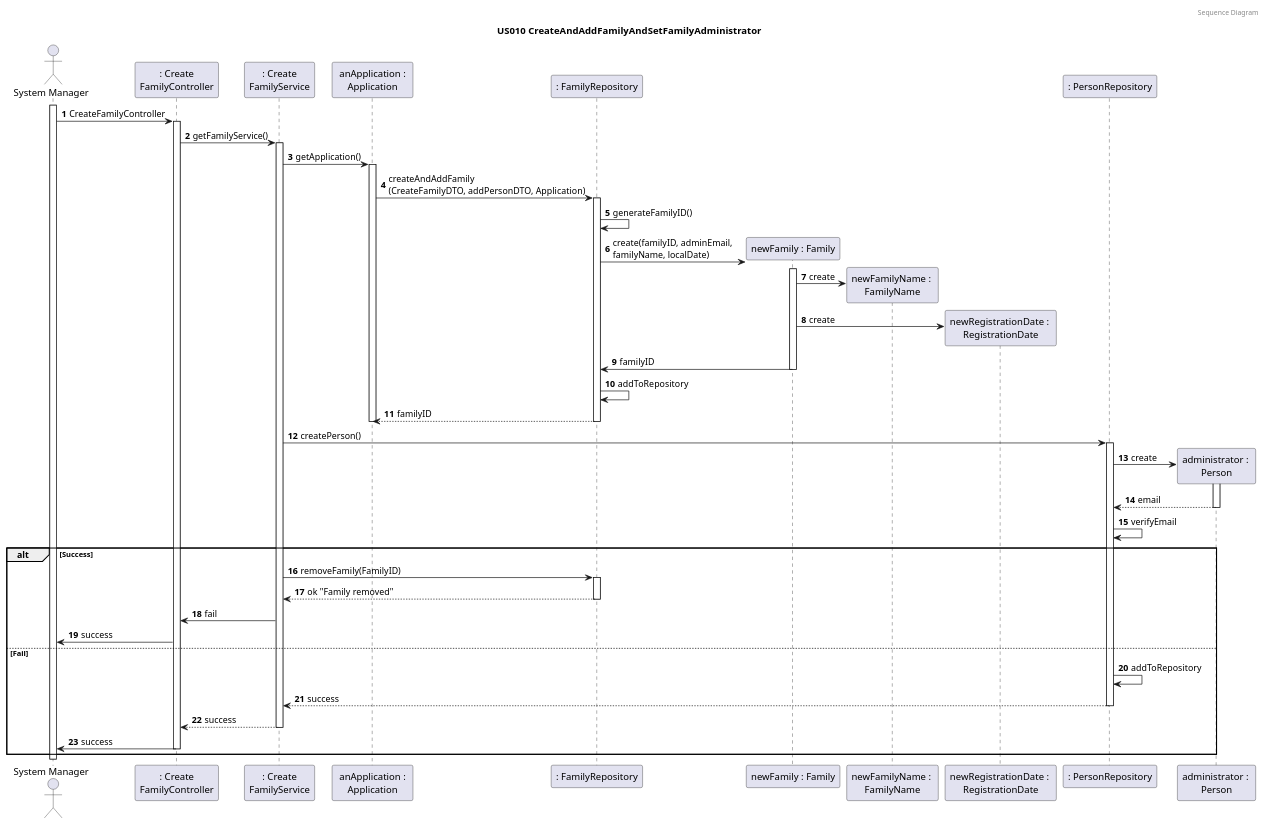
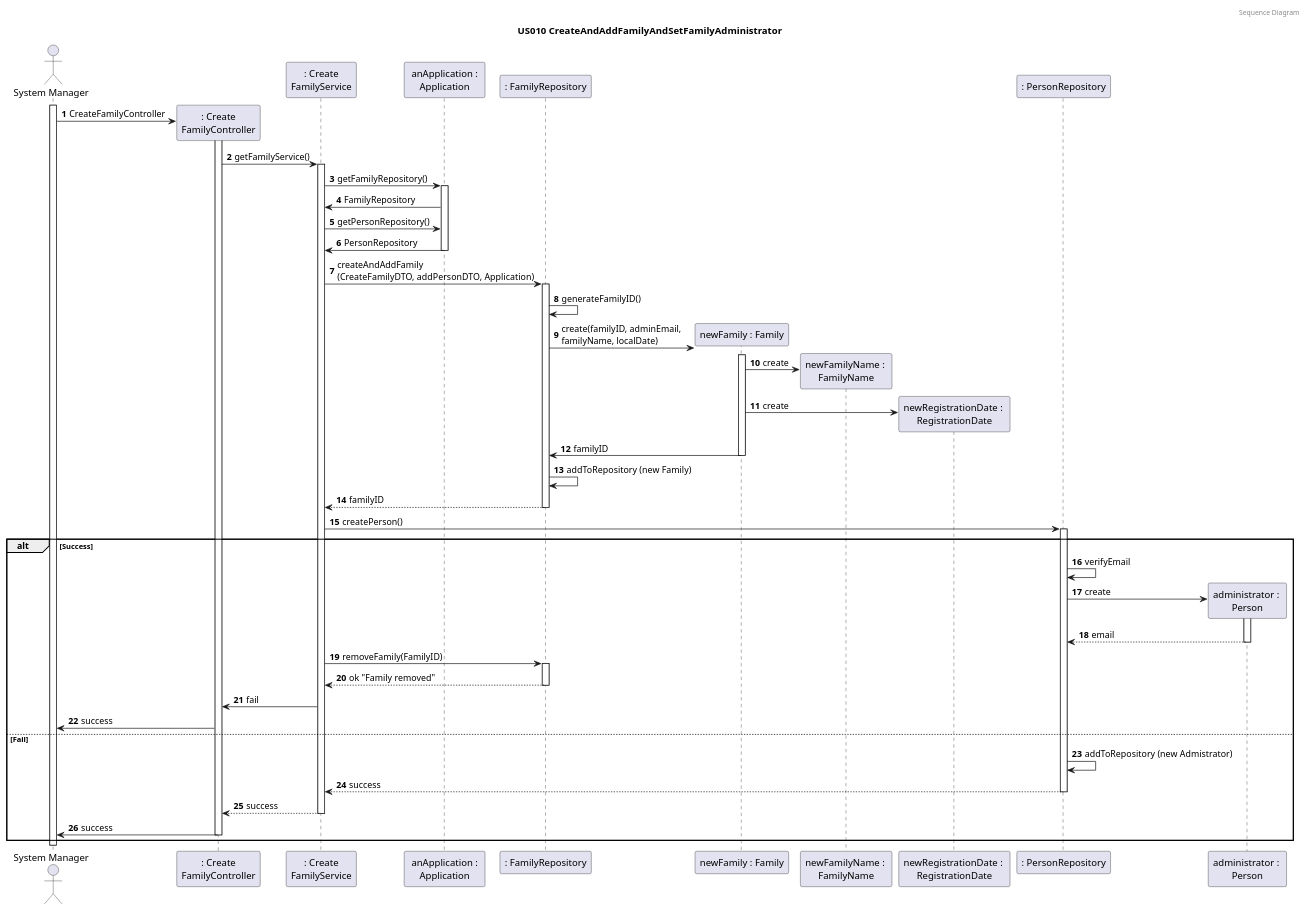
One commit to tomas-osswald/switch_2020_g3 changed the third of 4 diagrams in docs/sprint3/user_stories/US010_CreateAFamilyAndSetAdministrator.md. Above: the diagram before and after it, drawn with PlantUML.

Commit message:
sequence diagram update with small changes again

`````diff
--- a/docs/sprint3/user_stories/US010_CreateAFamilyAndSetAdministrator.md
+++ b/docs/sprint3/user_stories/US010_CreateAFamilyAndSetAdministrator.md
@@ -109,65 +109,72 @@
 ````puml
 @startuml
 autonumber
 header Sequence Diagram
 title US010 CreateAndAddFamilyAndSetFamilyAdministrator
 actor "System Manager" as systemManager
 participant ": Create\nFamilyController" as controller
 participant ": Create\nFamilyService" as FamAdminService
 participant " anApplication : \nApplication" as app
 participant ": FamilyRepository" as frepository
 participant "newFamily : Family" as family
 participant "newFamilyName : \nFamilyName" as familyName
 participant "newRegistrationDate : \nRegistrationDate" as registrationDate
 participant ": PersonRepository" as prepository
 participant "administrator : \nPerson" as admin
 activate systemManager
-systemManager -> controller: CreateFamilyController
+systemManager -> controller**: CreateFamilyController
 activate controller
 controller -> FamAdminService : getFamilyService()
 activate FamAdminService
-FamAdminService -> app : getApplication()
+
+FamAdminService -> app : getFamilyRepository()
 activate app
-app -> frepository: createAndAddFamily \n(CreateFamilyDTO, addPersonDTO, Application)
+app -> FamAdminService : FamilyRepository
+FamAdminService -> app : getPersonRepository()
+app -> FamAdminService : PersonRepository
+deactivate app
+FamAdminService -> frepository: createAndAddFamily \n(CreateFamilyDTO, addPersonDTO, Application)
 activate frepository
 frepository -> frepository : generateFamilyID()
 frepository -> family** : create(familyID, adminEmail, \nfamilyName, localDate)
 activate family
 family ->  familyName** : create
 family -> registrationDate** : create
 family -> frepository : familyID
 deactivate family
-frepository -> frepository : addToRepository
+frepository -> frepository : addToRepository (new Family)
 return familyID
 deactivate app
+
 FamAdminService -> prepository : createPerson()
+alt Success
+
 activate prepository
+prepository -> prepository : verifyEmail
 prepository -> admin** : create
 activate admin
 return email
-prepository -> prepository : verifyEmail
-alt Success
 FamAdminService -> frepository : removeFamily(FamilyID)
 activate frepository
 return ok "Family removed"
 FamAdminService -> controller : fail
 
 controller -> systemManager : success
 
 else Fail
 
-prepository -> prepository : addToRepository
+prepository -> prepository : addToRepository (new Admistrator)
 prepository --> FamAdminService : success
 deactivate prepository
 
 
 FamAdminService --> controller : success
 deactivate FamAdminService
 controller -> systemManager : success
 deactivate controller
 end
 
 deactivate systemManager
 
 @enduml
 ````
`````
